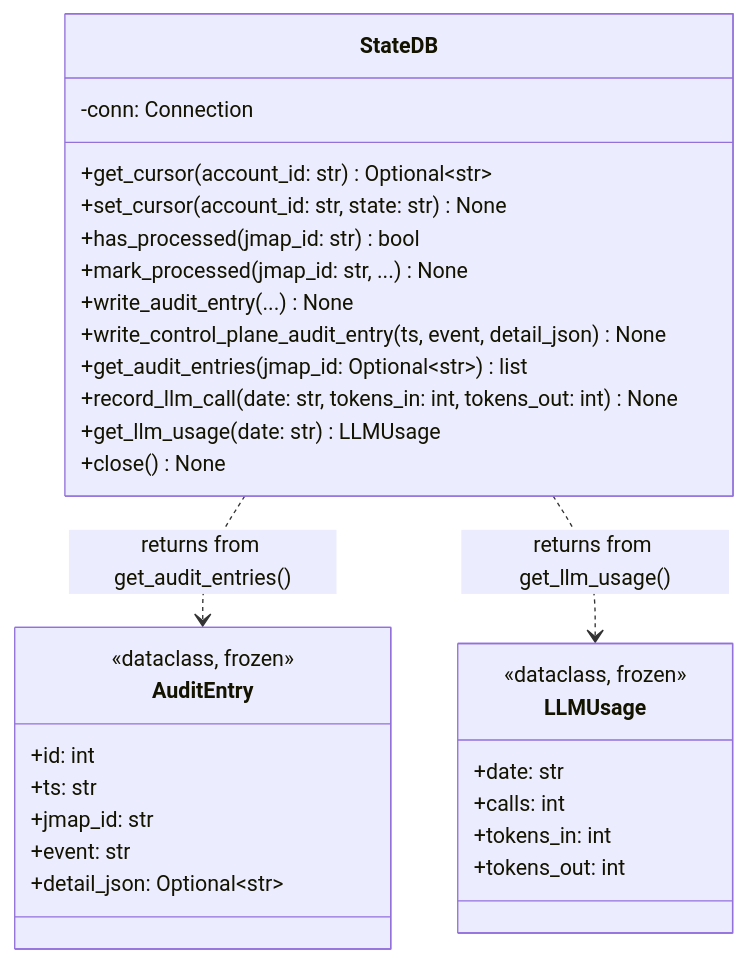
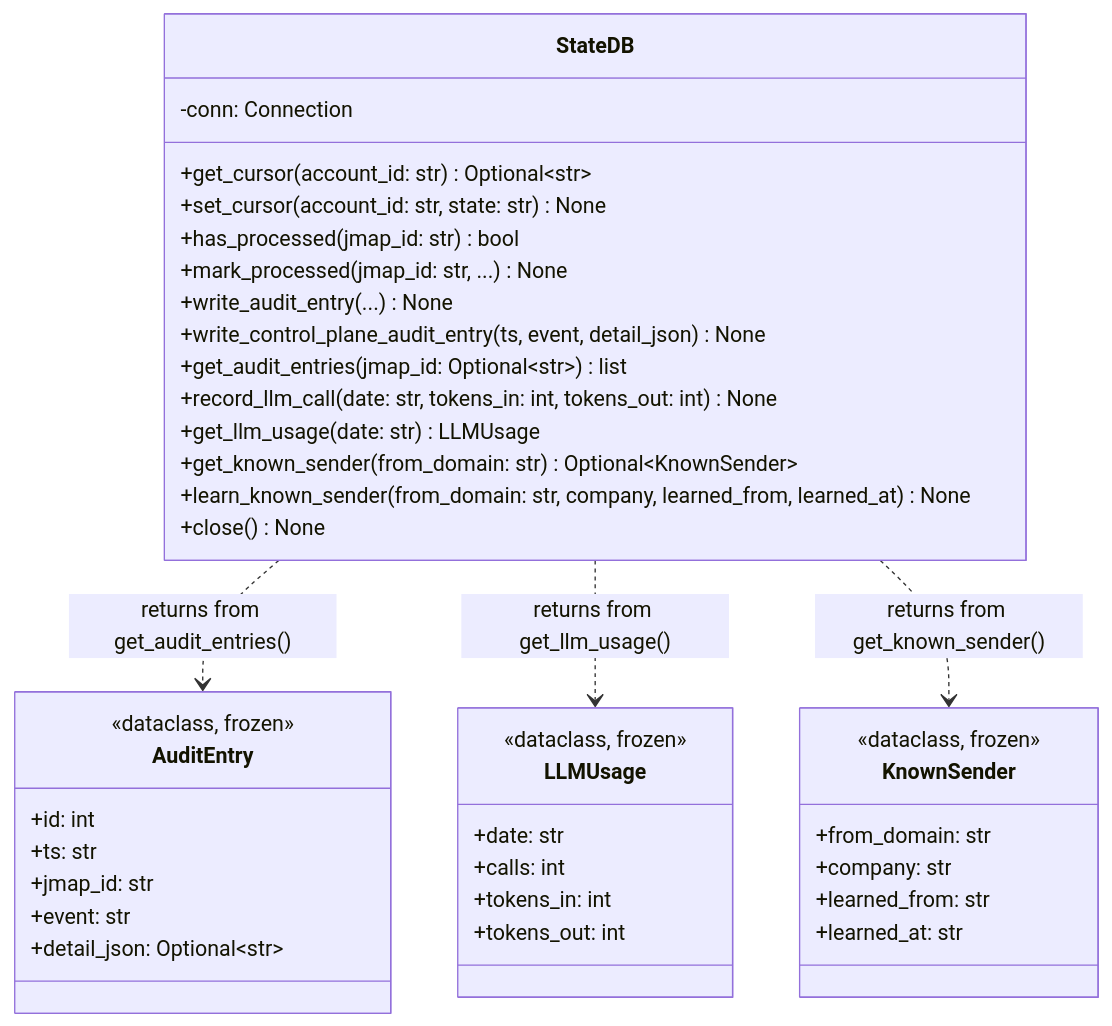
Before and after one commit to Stainless5166/friendly-octo-spork: diagram 30 of 44 in docs/DESIGN.md, drawn with Mermaid. The commit also changed other lines of this file and 1 other file, not shown here.

````diff
--- a/docs/DESIGN.md
+++ b/docs/DESIGN.md
@@ -1660,34 +1779,44 @@
 ```mermaid
 classDiagram
     class AuditEntry {
         <<dataclass, frozen>>
         +id: int
         +ts: str
         +jmap_id: str
         +event: str
         +detail_json: Optional~str~
     }
     class LLMUsage {
         <<dataclass, frozen>>
         +date: str
         +calls: int
         +tokens_in: int
         +tokens_out: int
     }
+    class KnownSender {
+        <<dataclass, frozen>>
+        +from_domain: str
+        +company: str
+        +learned_from: str
+        +learned_at: str
+    }
     class StateDB {
         -conn: Connection
         +get_cursor(account_id: str) Optional~str~
         +set_cursor(account_id: str, state: str) None
         +has_processed(jmap_id: str) bool
         +mark_processed(jmap_id: str, ...) None
         +write_audit_entry(...) None
         +write_control_plane_audit_entry(ts, event, detail_json) None
         +get_audit_entries(jmap_id: Optional~str~) list
         +record_llm_call(date: str, tokens_in: int, tokens_out: int) None
         +get_llm_usage(date: str) LLMUsage
+        +get_known_sender(from_domain: str) Optional~KnownSender~
+        +learn_known_sender(from_domain: str, company, learned_from, learned_at) None
         +close() None
     }
 
     StateDB ..> AuditEntry : returns from get_audit_entries()
     StateDB ..> LLMUsage : returns from get_llm_usage()
+    StateDB ..> KnownSender : returns from get_known_sender()
 ```
````
